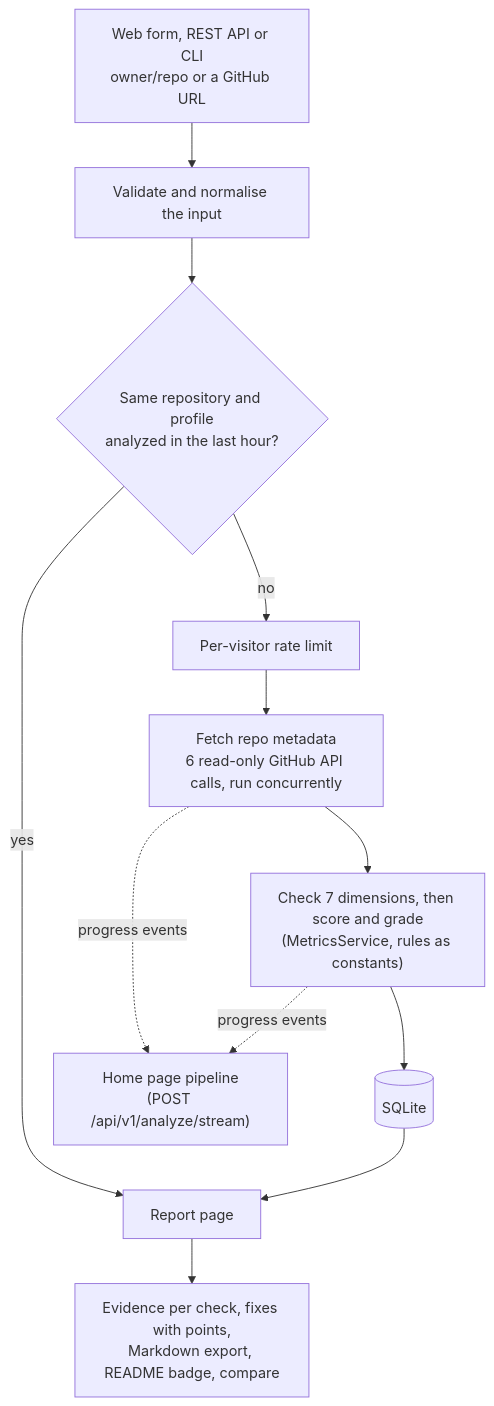
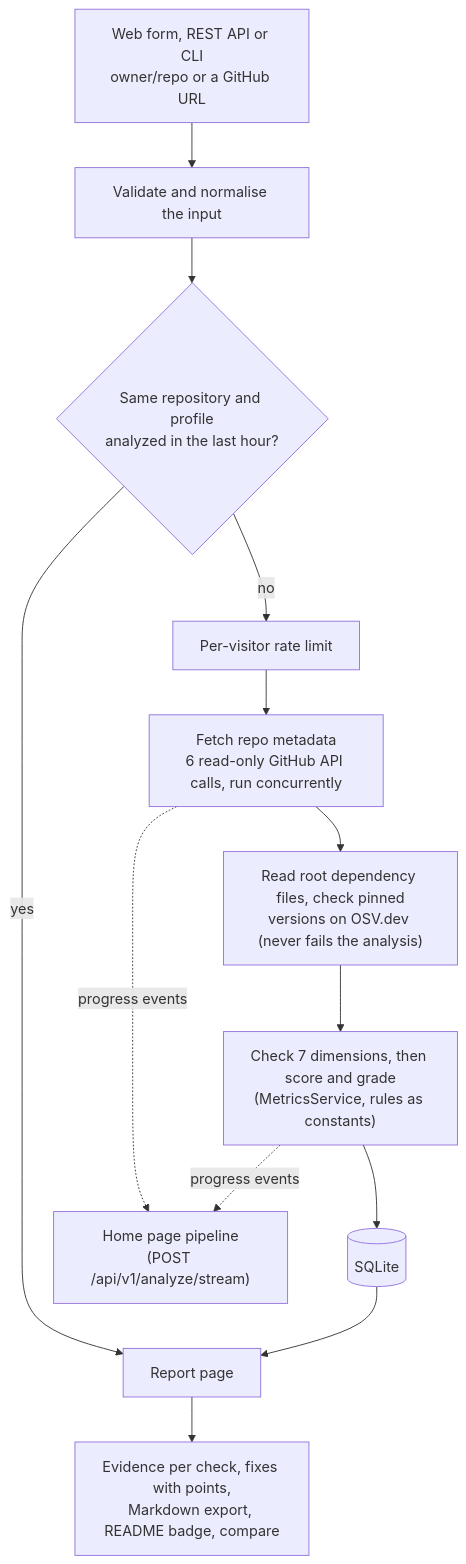
Before and after one commit to vishnuatgit/ArchLens: the diagram in README.md, drawn with Mermaid. The commit also changed other lines of this file and 9 other files, not shown here.

````diff
--- a/README.md
+++ b/README.md
@@ -46,14 +46,15 @@
 ```mermaid
 flowchart TD
     IN["Web form, REST API or CLI<br/>owner/repo or a GitHub URL"] --> V["Validate and normalise the input"]
     V --> C{"Same repository and profile<br/>analyzed in the last hour?"}
     C -- yes --> R["Report page"]
     C -- no --> L["Per-visitor rate limit"]
     L --> F["Fetch repo metadata<br/>6 read-only GitHub API calls, run concurrently"]
-    F --> S["Check 7 dimensions, then score and grade<br/>(MetricsService, rules as constants)"]
+    F --> D["Read root dependency files, check pinned<br/>versions on OSV.dev (never fails the analysis)"]
+    D --> S["Check 7 dimensions, then score and grade<br/>(MetricsService, rules as constants)"]
     S --> DB[("SQLite")]
     DB --> R
     R --> N["Evidence per check, fixes with points,<br/>Markdown export, README badge, compare"]
     F -. progress events .-> UI["Home page pipeline<br/>(POST /api/v1/analyze/stream)"]
     S -. progress events .-> UI
 ```
````
